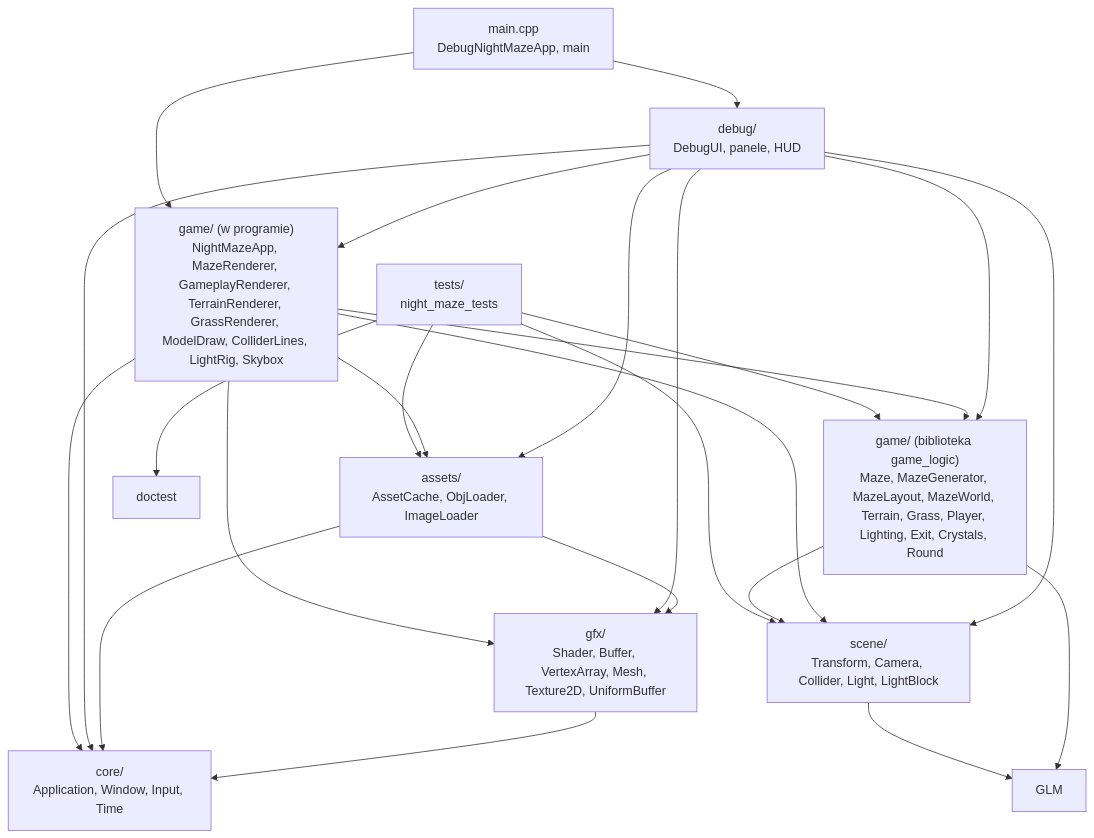
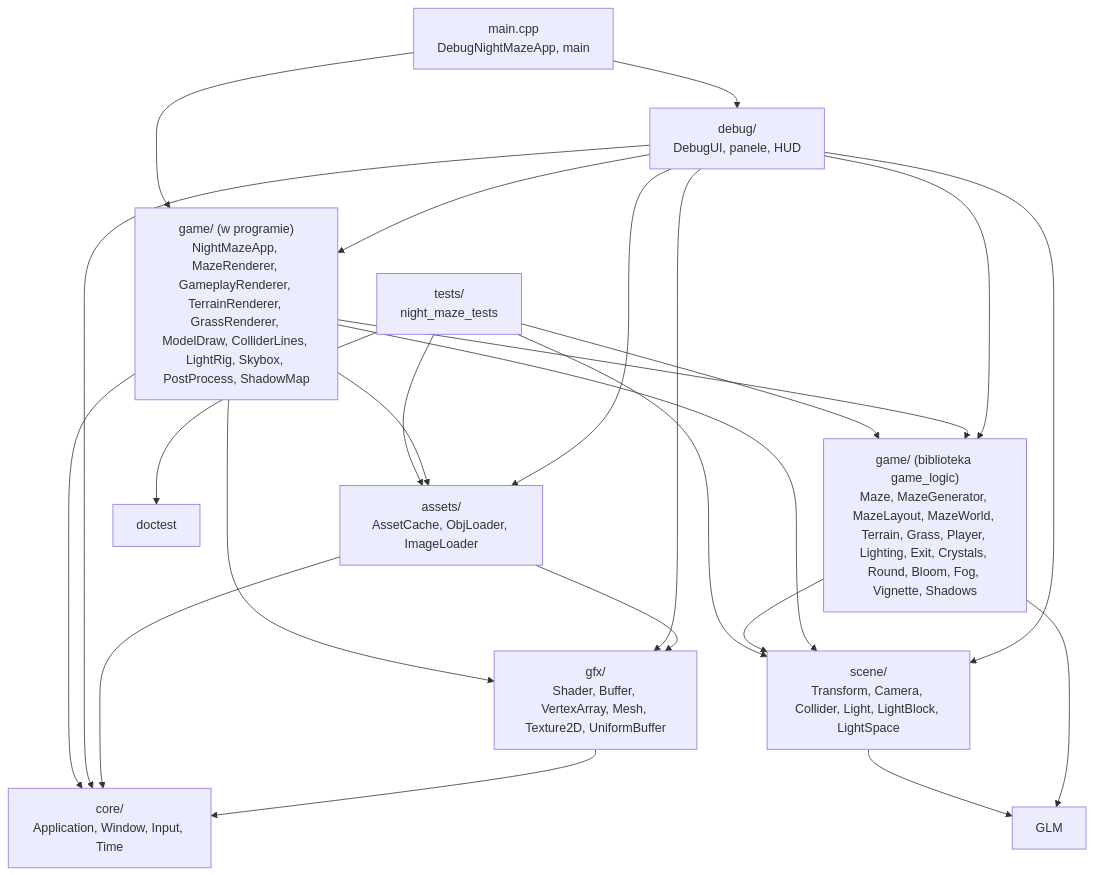
The diagram in docs/modules/game/README.md (Shironex/night-maze), drawn with Mermaid before and after one commit. The commit also changed other lines of this file and 90 other files, not shown here.

Commit message:
feat(game): cast moon shadows with a shadow map, pcf and bias

````diff
--- a/docs/modules/game/README.md
+++ b/docs/modules/game/README.md
@@ -78,26 +83,26 @@
 ```mermaid
 flowchart TD
     Main["main.cpp<br/>DebugNightMazeApp, main"] --> Debug["debug/<br/>DebugUI, panele, HUD"]
-    Main --> App["game/ (w programie)<br/>NightMazeApp, MazeRenderer, GameplayRenderer, TerrainRenderer, GrassRenderer, ModelDraw, ColliderLines, LightRig, Skybox"]
+    Main --> App["game/ (w programie)<br/>NightMazeApp, MazeRenderer, GameplayRenderer, TerrainRenderer, GrassRenderer, ModelDraw, ColliderLines, LightRig, Skybox, PostProcess, ShadowMap"]
     Tests["tests/<br/>night_maze_tests"] --> Logic
     Tests --> Scene
     Tests --> Assets
-    Logic["game/ (biblioteka game_logic)<br/>Maze, MazeGenerator, MazeLayout, MazeWorld, Terrain, Grass, Player, Lighting, Exit, Crystals, Round"] --> Scene["scene/<br/>Transform, Camera, Collider, Light, LightBlock"]
+    Logic["game/ (biblioteka game_logic)<br/>Maze, MazeGenerator, MazeLayout, MazeWorld, Terrain, Grass, Player, Lighting, Exit, Crystals, Round, Bloom, Fog, Vignette, Shadows"] --> Scene["scene/<br/>Transform, Camera, Collider, Light, LightBlock, LightSpace"]
     App --> Logic
     App --> Scene
     App --> Assets["assets/<br/>AssetCache, ObjLoader, ImageLoader"]
     App --> Gfx["gfx/<br/>Shader, Buffer, VertexArray, Mesh, Texture2D, UniformBuffer"]
     App --> Core["core/<br/>Application, Window, Input, Time"]
     Debug --> Core
     Debug --> Gfx
     Debug --> Scene
     Debug --> Assets
     Debug --> App
     Debug --> Logic
     Assets --> Gfx
     Assets --> Core
     Gfx --> Core
     Scene --> Glm["GLM"]
     Logic --> Glm
     Tests --> Doctest["doctest"]
 ```
````
